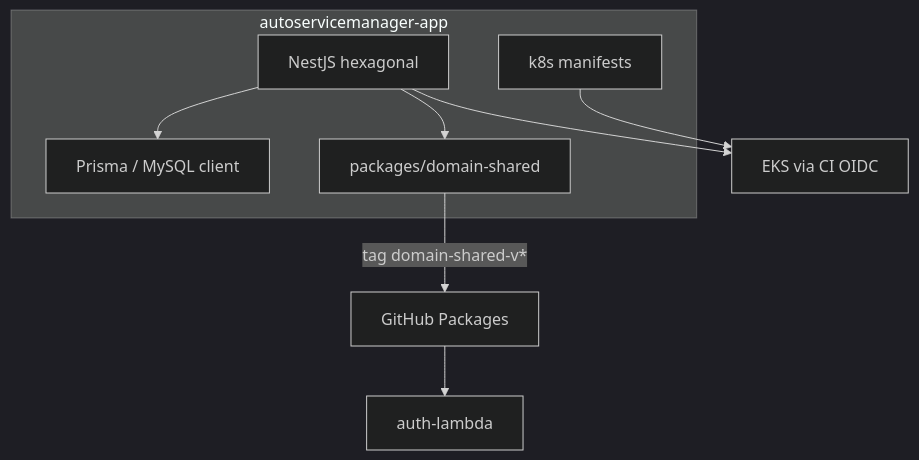
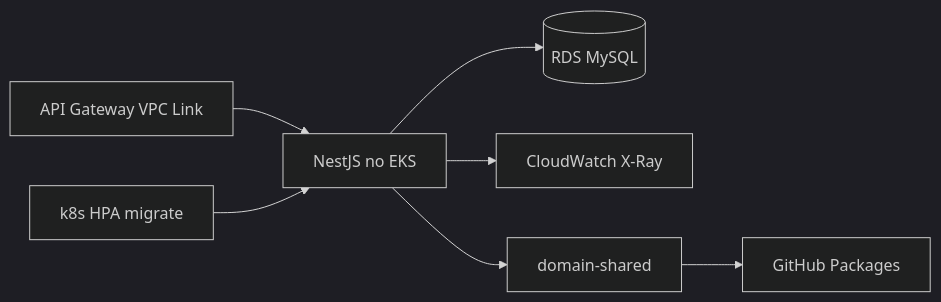
The diagram in README.md (dinhogt/autoservicemanager-app), drawn with Mermaid (dark theme) before and after one commit. The commit also changed other lines of this file and 6 other files, not shown here.

Commit message:
docs(fase3): close rubric gaps — diagrams, ADR-011, ER, delivery-index

````diff
--- a/README.md
+++ b/README.md
@@ -26,15 +32,9 @@
 ```mermaid
-flowchart TB
-  subgraph appRepo [autoservicemanager-app]
-    Nest[NestJS hexagonal]
-    Prisma[Prisma / MySQL client]
-    K8s[k8s manifests]
-    DS[packages/domain-shared]
-  end
-  Nest --> Prisma
-  Nest --> DS
-  DS -->|tag domain-shared-v*| PKG[GitHub Packages]
-  PKG --> LambdaRepo[auth-lambda]
-  K8s --> EKS[EKS via CI OIDC]
-  Nest --> EKS
+flowchart LR
+  APIGW[API Gateway VPC Link] --> Nest[NestJS no EKS]
+  Nest --> RDS[(RDS MySQL)]
+  Nest --> CW[CloudWatch X-Ray]
+  Nest --> DS[domain-shared]
+  DS --> PKG[GitHub Packages]
+  Manifests[k8s HPA migrate] --> Nest
 ```
````
